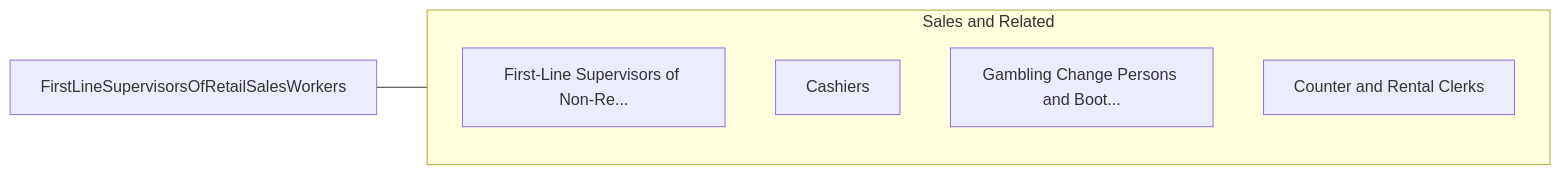
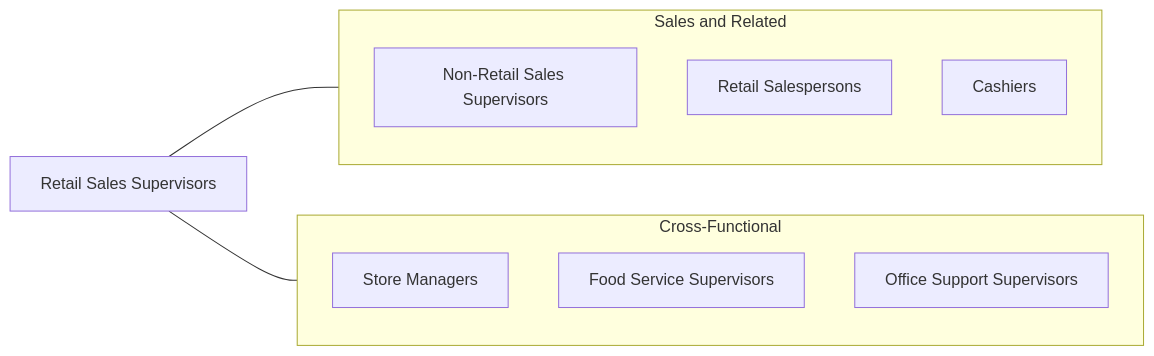
Before and after one commit to kziemski/business.org.ai: the fourth of 4 diagrams in occupations/Sales/FirstLineSupervisorsOfRetailSalesWorkers.mdx, drawn with Mermaid. The commit also changed other lines of this file and 938 other files, not shown here.

````diff
--- a/occupations/Sales/FirstLineSupervisorsOfRetailSalesWorkers.mdx
+++ b/occupations/Sales/FirstLineSupervisorsOfRetailSalesWorkers.mdx
@@ -103,13 +172,19 @@
 ```mermaid
 graph LR
-    Current["FirstLineSupervisorsOfRetailSalesWorkers"]
+    Current["Retail Sales Supervisors"]
 
     subgraph SameCategory["Sales and Related"]
-        FirstLineSupervisors["First-Line Supervisors of Non-Re..."]
+        NonRetailSup["Non-Retail Sales Supervisors"]
+        RetailSales["Retail Salespersons"]
         Cashiers["Cashiers"]
-        GamblingChangePerson["Gambling Change Persons and Boot..."]
-        CounterAndRentalCler["Counter and Rental Clerks"]
+    end
+
+    subgraph CrossFunctional["Cross-Functional"]
+        StoreMgr["Store Managers"]
+        FoodSupervisors["Food Service Supervisors"]
+        OfficeSupervisors["Office Support Supervisors"]
     end
 
     Current --- SameCategory
+    Current --- CrossFunctional
 ```
````
